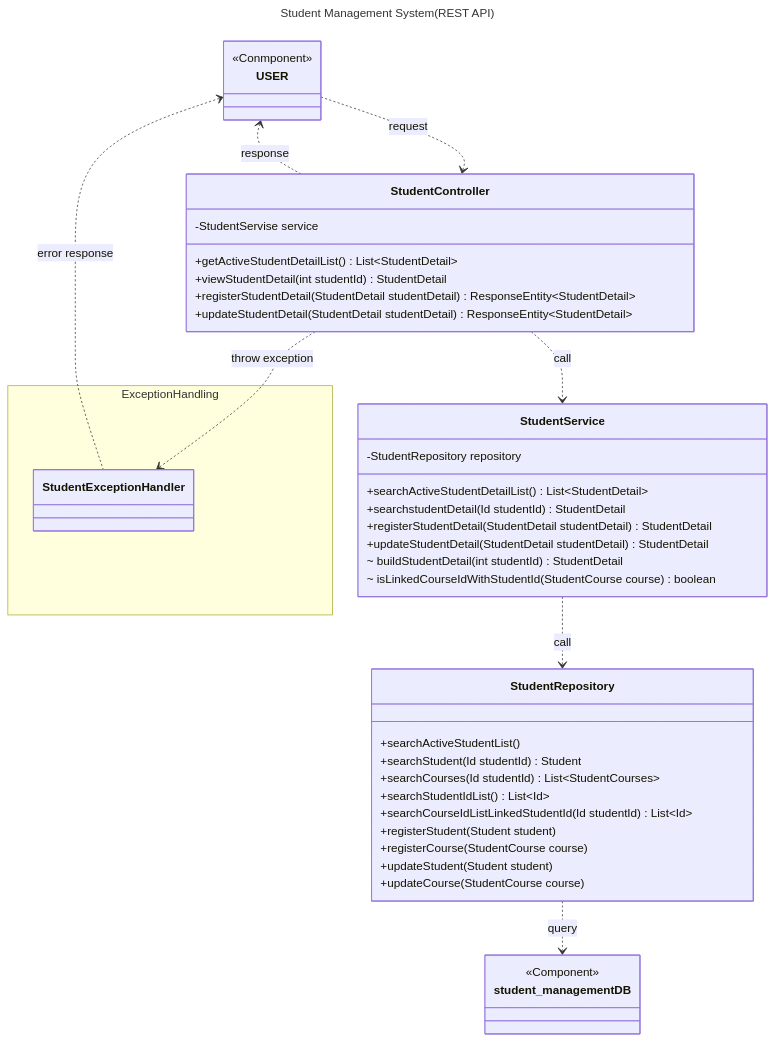
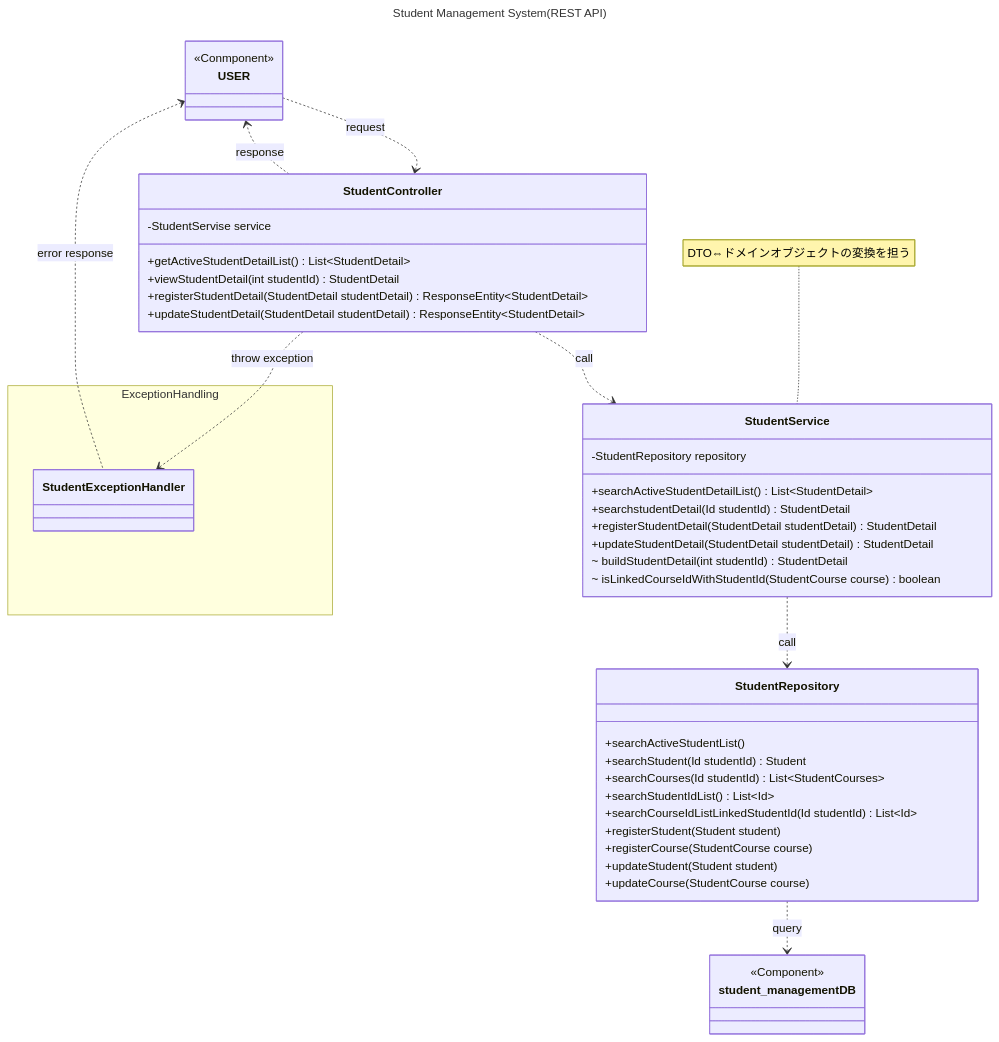
The sixth of 7 diagrams in README.md (saway261/StudentManagement), drawn with Mermaid before and after one commit.

Commit message:
docs: README修正　概観クラス図において、noteでStudentServiceがDTO⇔ドメインオブジェクトの変換を担うことを追記

````diff
--- a/README.md
+++ b/README.md
@@ -295,55 +295,56 @@
 ```mermaid
 ---
 title: Student Management System(REST API)
 ---
 classDiagram
     class USER {
         <<Conmponent>>
     }
     class student_managementDB {
         <<Component>>
     }
     USER ..> StudentController: request
     direction TB
     StudentController ..> USER: response
     StudentController ..> StudentService: call
     StudentService ..> StudentRepository: call
     StudentRepository ..> student_management DB: query
 
     class StudentController {
         -StudentServise service
         +getActiveStudentDetailList() List~StudentDetail~
         +viewStudentDetail(int studentId) StudentDetail
         +registerStudentDetail(StudentDetail studentDetail) ResponseEntity~StudentDetail~
         +updateStudentDetail(StudentDetail studentDetail) ResponseEntity~StudentDetail~
     }
     class StudentService {
         -StudentRepository repository
         +searchActiveStudentDetailList() List~StudentDetail~
         +searchstudentDetail(Id studentId) StudentDetail
         +registerStudentDetail(StudentDetail studentDetail) StudentDetail
         +updateStudentDetail(StudentDetail studentDetail) StudentDetail
         ~ buildStudentDetail(int studentId) StudentDetail
         ~ isLinkedCourseIdWithStudentId(StudentCourse course) boolean
     }
     class StudentRepository {
         +searchActiveStudentList()
         +searchStudent(Id studentId) Student
         +searchCourses(Id studentId) List~StudentCourses~
         +searchStudentIdList() List~Id~
         +searchCourseIdListLinkedStudentId(Id studentId) List~Id~
         +registerStudent(Student student)
         +registerCourse(StudentCourse course)
         +updateStudent(Student student)
         +updateCourse(StudentCourse course)
     }
     namespace ExceptionHandling {
         class StudentExceptionHandler {
         }
     }
 
+    note for StudentService "DTO⇔ドメインオブジェクトの変換を担う"
     StudentController ..> StudentExceptionHandler: throw exception
     USER <.. StudentExceptionHandler: error response
 
 
 ```
````
